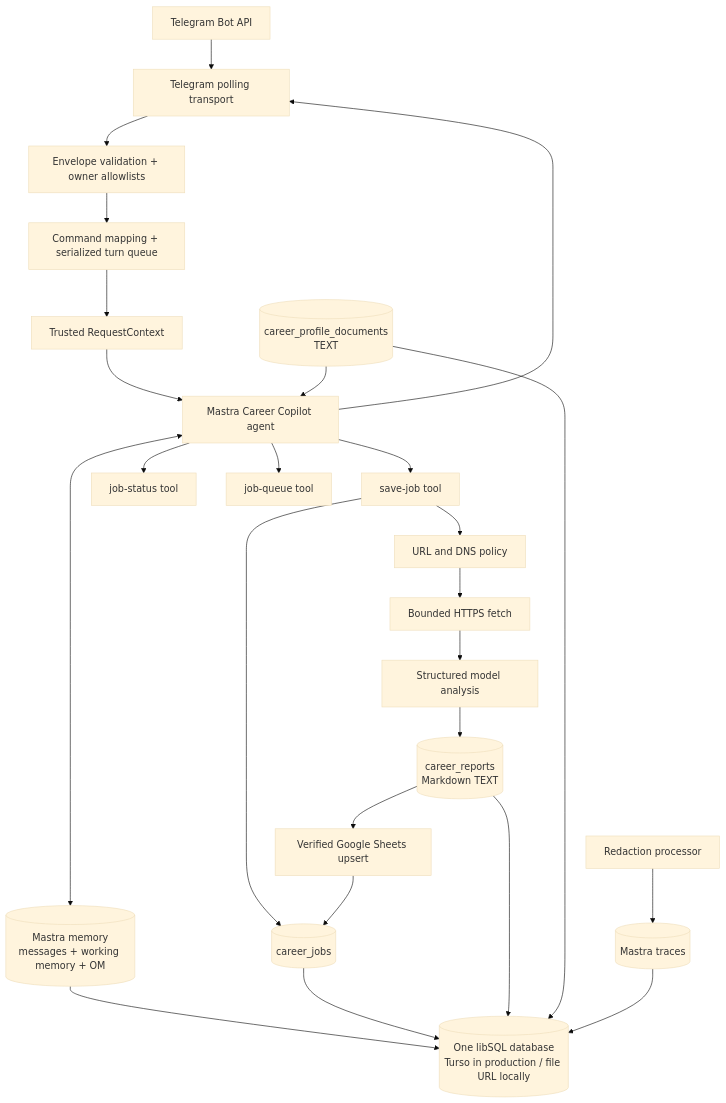
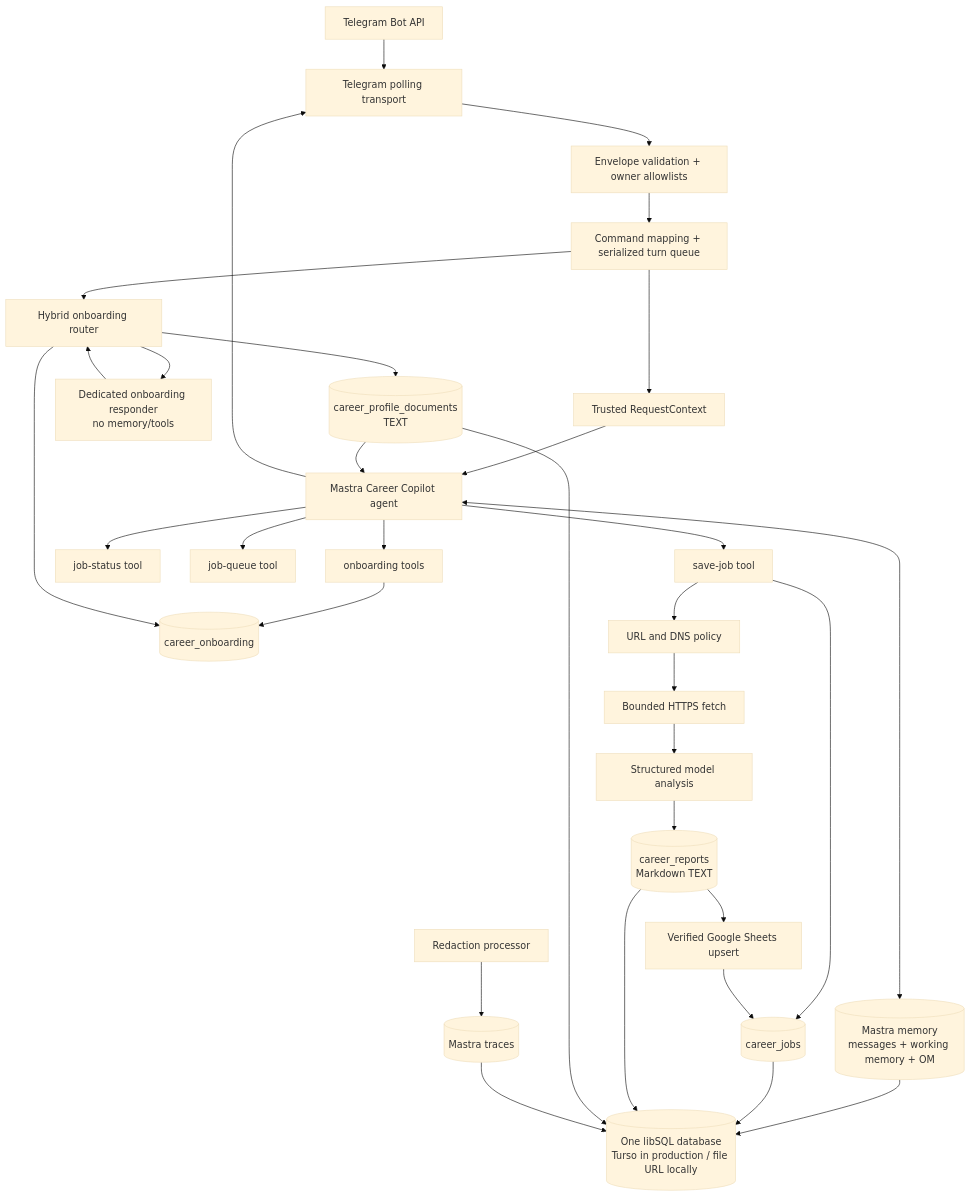
The diagram in README.md (KripaMishra/career-copilot), drawn with Mermaid (base theme) before and after one commit. The commit also changed other lines of this file and 1 other file, not shown here.

Commit message:
docs: describe guided onboarding

````diff
--- a/README.md
+++ b/README.md
@@ -48,34 +50,41 @@
 ```mermaid
 flowchart TD
     TG[Telegram Bot API] --> TP[Telegram polling transport]
     TP --> AUTH[Envelope validation + owner allowlists]
     AUTH --> MAP[Command mapping + serialized turn queue]
     MAP --> CTX[Trusted RequestContext]
     CTX --> AGENT[Mastra Career Copilot agent]
 
     AGENT <--> MEM[(Mastra memory
 messages + working memory + OM)]
     AGENT --> SAVE[save-job tool]
     AGENT --> STATUS[job-status tool]
     AGENT --> QUEUE[job-queue tool]
+    AGENT --> ONBOARD[onboarding tools]
+    MAP --> ONBOARDING[Hybrid onboarding router]
+    ONBOARDING --> ORESP[Dedicated onboarding responder\nno memory/tools]
 
+    ONBOARD --> DRAFT[(career_onboarding)]
+    ORESP --> ONBOARDING
+    ONBOARDING --> DRAFT
+    ONBOARDING --> PROFILE
     SAVE --> JOBS[(career_jobs)]
     SAVE --> URL[URL and DNS policy]
     URL --> FETCH[Bounded HTTPS fetch]
     FETCH --> ANALYZE[Structured model analysis]
     ANALYZE --> REPORT[(career_reports
 Markdown TEXT)]
     REPORT --> SHEETS[Verified Google Sheets upsert]
     SHEETS --> JOBS
 
     PROFILE[(career_profile_documents
 TEXT)] --> AGENT
     OBS[Redaction processor] --> TRACES[(Mastra traces)]
     MEM --> DB[(One libSQL database
 Turso in production / file URL locally)]
     JOBS --> DB
     REPORT --> DB
     PROFILE --> DB
     TRACES --> DB
     AGENT --> TP
 ```
````
